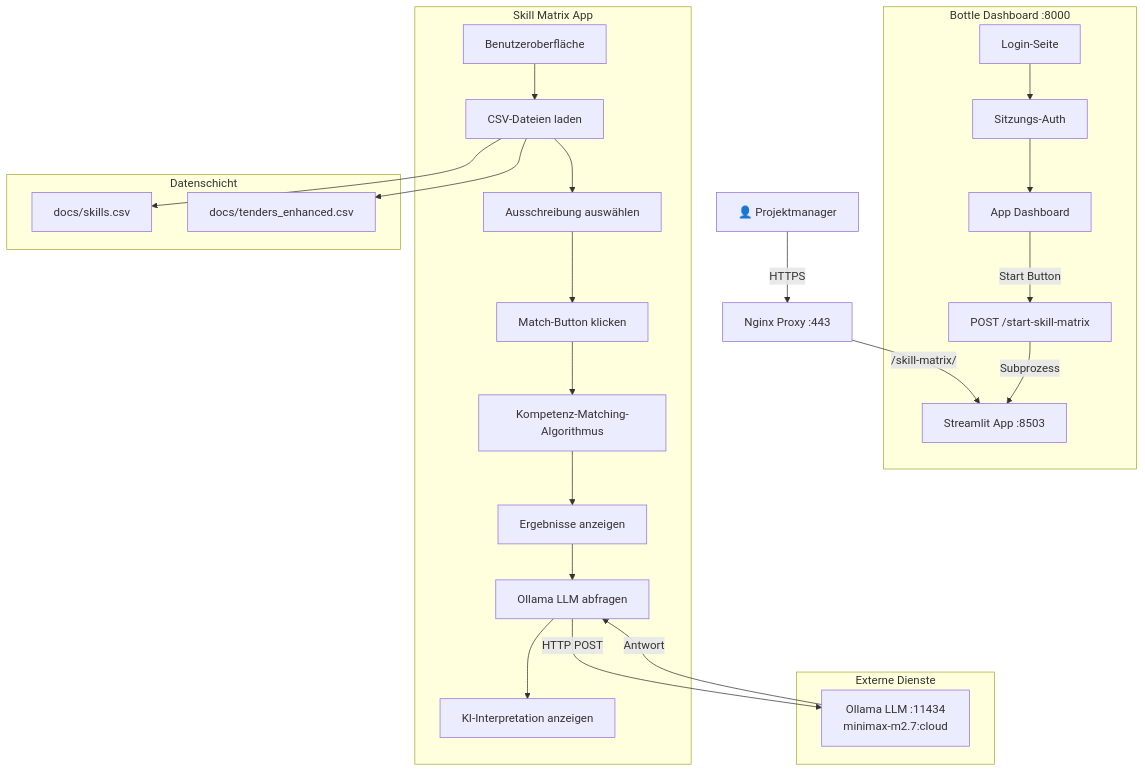
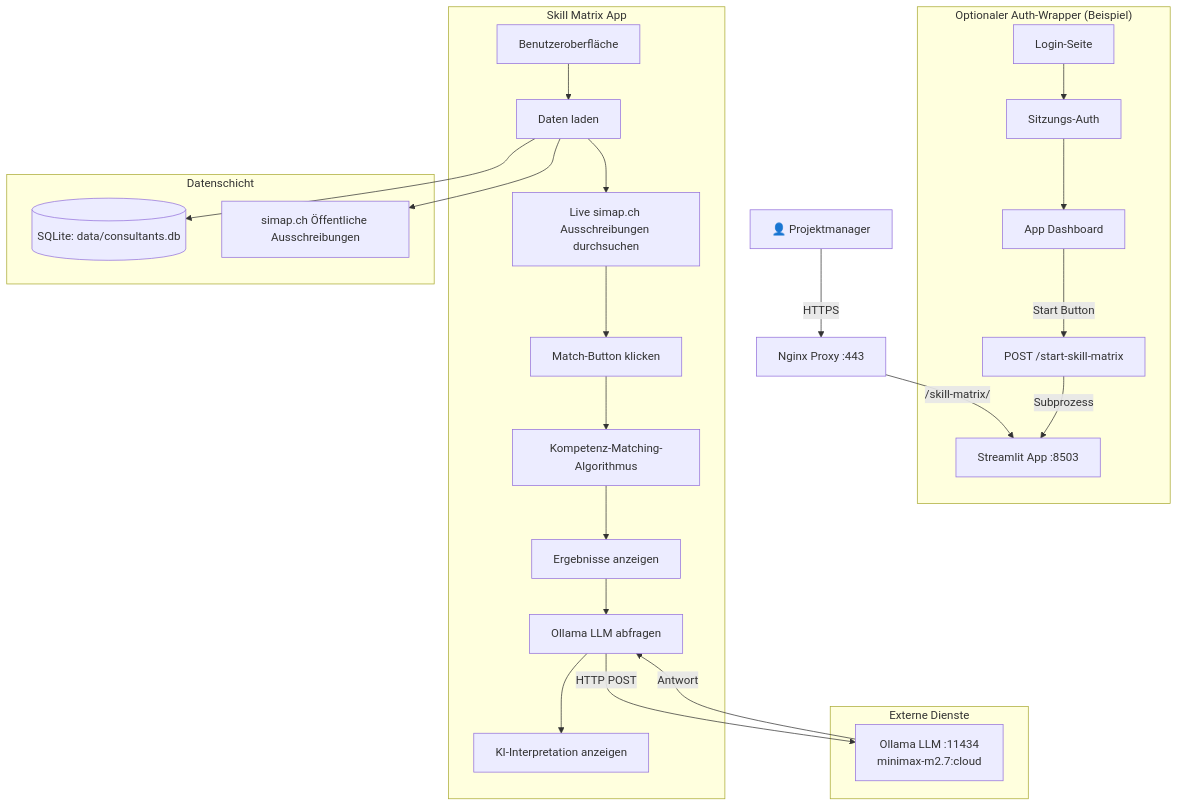
The first of 10 diagrams in FLOWCHART_DE.md (aicoreml/Skill-Matrix-Match-Simap-Tenders), drawn with Mermaid before and after one commit. The commit also changed other lines of this file and 3 other files, not shown here.

````diff
--- a/FLOWCHART_DE.md
+++ b/FLOWCHART_DE.md
@@ -5,37 +5,37 @@
 ```mermaid
 graph TB
     User[👤 Projektmanager] -->|HTTPS| Nginx[Nginx Proxy :443]
     Nginx -->|/skill-matrix/| Streamlit[Streamlit App :8503]
-    
-    subgraph "Bottle Dashboard :8000"
+
+    subgraph "Optionaler Auth-Wrapper (Beispiel)"
         Login[Login-Seite] --> Auth[Sitzungs-Auth]
         Auth --> Dashboard[App Dashboard]
         Dashboard -->|Start Button| StartAPI[POST /start-skill-matrix]
         StartAPI -->|Subprozess| Streamlit
     end
-    
+
     subgraph "Skill Matrix App"
-        UI[Benutzeroberfläche] --> LoadData[CSV-Dateien laden]
-        LoadData --> SelectTender[Ausschreibung auswählen]
-        SelectTender --> MatchBtn[Match-Button klicken]
+        UI[Benutzeroberfläche] --> LoadData[Daten laden]
+        LoadData --> SearchTender[Live simap.ch Ausschreibungen durchsuchen]
+        SearchTender --> MatchBtn[Match-Button klicken]
         MatchBtn --> SkillMatch[Kompetenz-Matching-Algorithmus]
         SkillMatch --> Results[Ergebnisse anzeigen]
         Results --> LLM[Ollama LLM abfragen]
         LLM --> Interpretation[KI-Interpretation anzeigen]
     end
     
     subgraph "Datenschicht"
-        SkillsCSV[docs/skills.csv]
-        TendersCSV[docs/tenders_enhanced.csv]
+        ConsultantsDB[(SQLite: data/consultants.db)]
+        SimapAPI[simap.ch Öffentliche Ausschreibungen]
     end
     
-    LoadData --> SkillsCSV
-    LoadData --> TendersCSV
+    LoadData --> ConsultantsDB
+    LoadData --> SimapAPI
     
     subgraph "Externe Dienste"
         Ollama[Ollama LLM :11434<br/>minimax-m2.7:cloud]
     end
     
     LLM -->|HTTP POST| Ollama
     Ollama -->|Antwort| LLM
 ```
````
